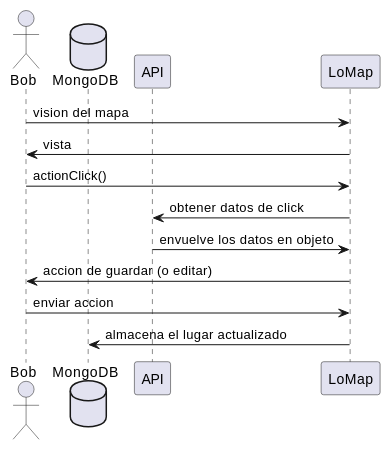
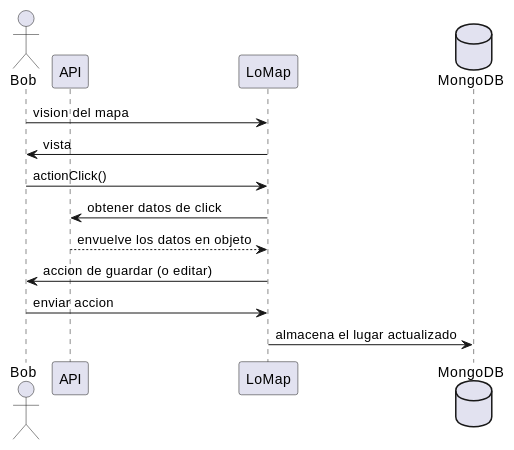
Before and after one commit to Arquisoft/lomap_es5b: the third of 3 diagrams in docs/06_runtime_view.adoc, drawn with PlantUML. The commit also changed other lines of this file and 1 other file, not shown here.

```diff
--- a/docs/06_runtime_view.adoc
+++ b/docs/06_runtime_view.adoc
@@ -74,15 +74,15 @@
 [plantuml,"InteractiveMap_01",png]
 ----
 actor Bob
-database MongoDB
 participant API
 participant LoMap
+database MongoDB
 Bob -> LoMap: vision del mapa
 LoMap -> Bob: vista
 Bob -> LoMap: actionClick()
 LoMap -> API: obtener datos de click
-API -> LoMap: envuelve los datos en objeto
+API --> LoMap: envuelve los datos en objeto
 LoMap -> Bob: accion de guardar (o editar)
 Bob -> LoMap: enviar accion
 LoMap -> MongoDB: almacena el lugar actualizado
 ----
```
